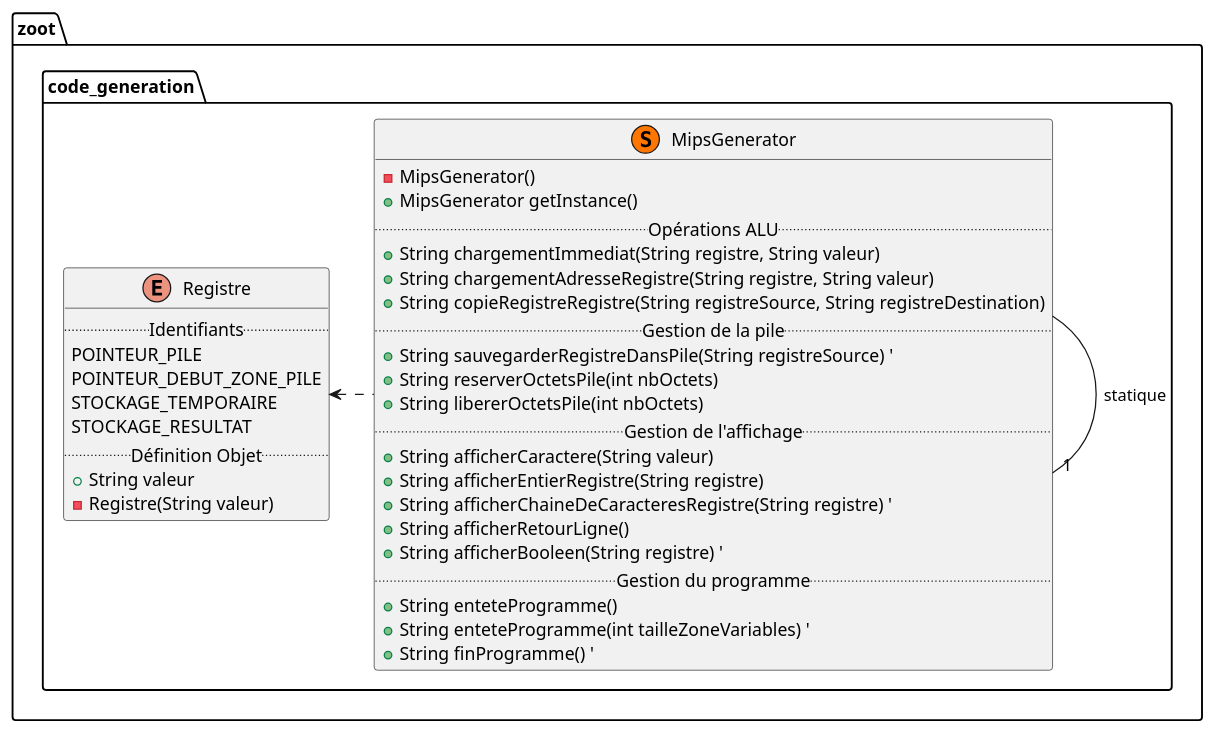
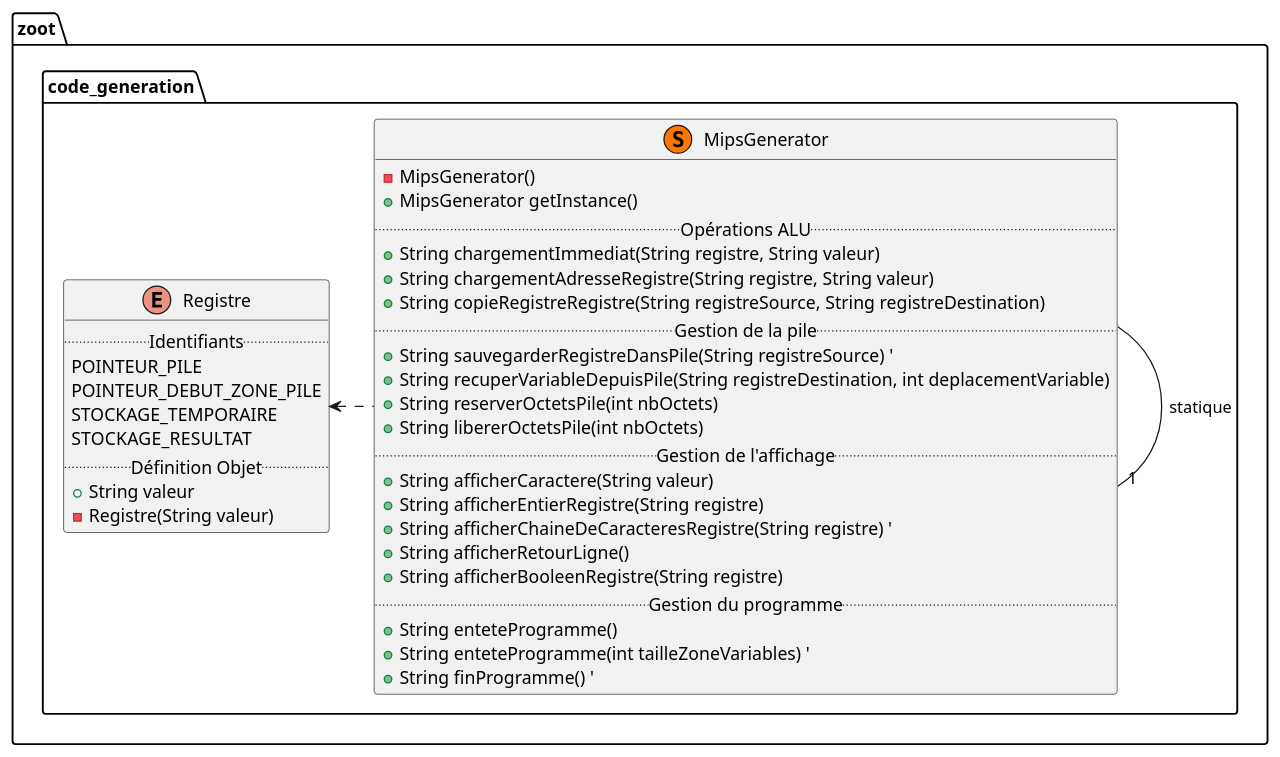
One commit to lmtb06/zoot changed the diagram in diagrammes/classe/code_generation.puml. Above: the diagram before and after it, drawn with PlantUML. The commit also changed 5 other files, not shown here.

```diff
--- a/diagrammes/classe/code_generation.puml
+++ b/diagrammes/classe/code_generation.puml
@@ -1,45 +1,46 @@
 @startuml "Package code_generation"
 
 namespace zoot.code_generation {
     ' Includes
     ' Classes
     enum Registre{
         .. Identifiants ..
         POINTEUR_PILE
         POINTEUR_DEBUT_ZONE_PILE
         STOCKAGE_TEMPORAIRE
         STOCKAGE_RESULTAT
         .. Définition Objet ..
         + String valeur
         - Registre(String valeur)
     }
 
     class MipsGenerator << (S,#FF7700) >> {
         - MipsGenerator()
         + MipsGenerator getInstance()
         .. Opérations ALU ..
         + String chargementImmediat(String registre, String valeur)
         + String chargementAdresseRegistre(String registre, String valeur)
         + String copieRegistreRegistre(String registreSource, String registreDestination)
         .. Gestion de la pile ..
         + String sauvegarderRegistreDansPile(String registreSource) '
+        + String recuperVariableDepuisPile(String registreDestination, int deplacementVariable)
         + String reserverOctetsPile(int nbOctets)
         + String libererOctetsPile(int nbOctets)
         .. Gestion de l'affichage ..
         + String afficherCaractere(String valeur)
         + String afficherEntierRegistre(String registre)
         + String afficherChaineDeCaracteresRegistre(String registre) '
         + String afficherRetourLigne()
-        + String afficherBooleen(String registre) '
+        + String afficherBooleenRegistre(String registre)
         .. Gestion du programme ..
         + String enteteProgramme()
         + String enteteProgramme(int tailleZoneVariables) '
         + String finProgramme() '
     }
 
     ' Relations entre les classes
     MipsGenerator -right-"1" MipsGenerator : statique
     MipsGenerator .left.> Registre
 
 }
 @enduml
```
